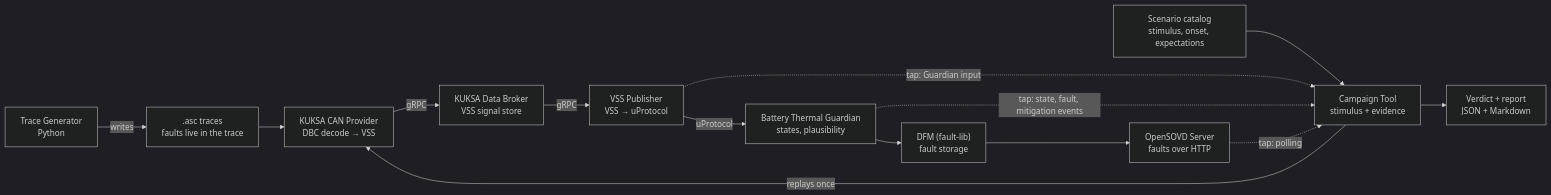
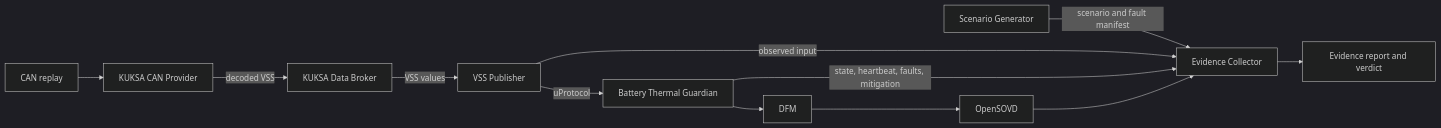
The third of 3 diagrams in docs/reference/architecture.md (Eclipse-SDV-Hackathon-Chapter-Four/ota-outlaws), drawn with Mermaid (dark theme) before and after one commit. The commit also changed other lines of this file, not shown here.

Commit message:
Refactor architecture.md file

````diff
--- a/docs/reference/architecture.md
+++ b/docs/reference/architecture.md
@@ -125,28 +197,14 @@
 ```mermaid
 flowchart LR
-    TG["Trace Generator<br/>Python"]
-    CAT["Scenario catalog<br/>stimulus, onset, expectations"]
-    ASC[".asc traces<br/>faults live in the trace"]
-    CAN["KUKSA CAN Provider<br/>DBC decode → VSS"]
-    DB["KUKSA Data Broker<br/>VSS signal store"]
-    BR["VSS Publisher<br/>VSS → uProtocol"]
-    GUARD["Battery Thermal Guardian<br/>states, plausibility"]
-    DFM["DFM (fault-lib)<br/>fault storage"]
-    SOVD["OpenSOVD Server<br/>faults over HTTP"]
-    CT["Campaign Tool<br/>stimulus + evidence"]
-    REP["Verdict + report<br/>JSON + Markdown"]
-
-    TG -->|writes| ASC
-    CAT --> CT
-    CT -->|replays once| CAN
-    ASC --> CAN
-    CAN -->|gRPC| DB
-    DB -->|gRPC| BR
-    BR -->|uProtocol| GUARD
-    BR -.->|tap: Guardian input| CT
-    GUARD -.->|tap: state, fault, mitigation events| CT
-    GUARD --> DFM
-    DFM --> SOVD
-    SOVD -.->|tap: polling| CT
-    CT --> REP
+    SG[Scenario Generator] -->|scenario and fault manifest| COL[Evidence Collector]
+    ASC[CAN replay] --> CAN[KUKSA CAN Provider]
+    CAN -->|decoded VSS| DB[KUKSA Data Broker]
+    DB -->|VSS values| PUB[VSS Publisher]
+    PUB -->|uProtocol| GUARD[Battery Thermal Guardian]
+    PUB -->|observed input| COL
+    GUARD -->|state, heartbeat, faults, mitigation| COL
+    GUARD --> DFM[DFM]
+    DFM --> SOVD[OpenSOVD]
+    SOVD --> COL
+    COL --> REPORT[Evidence report and verdict]
 ```
````
